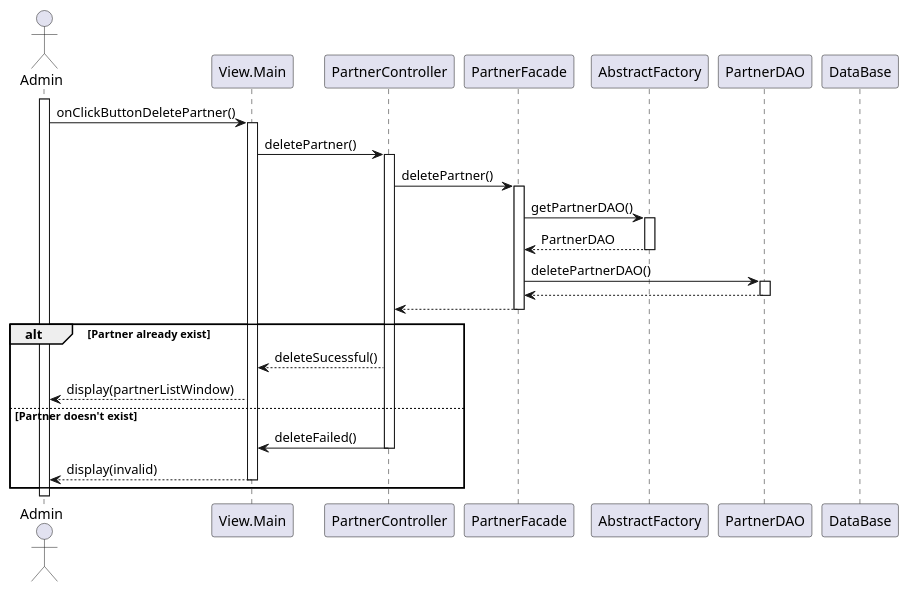
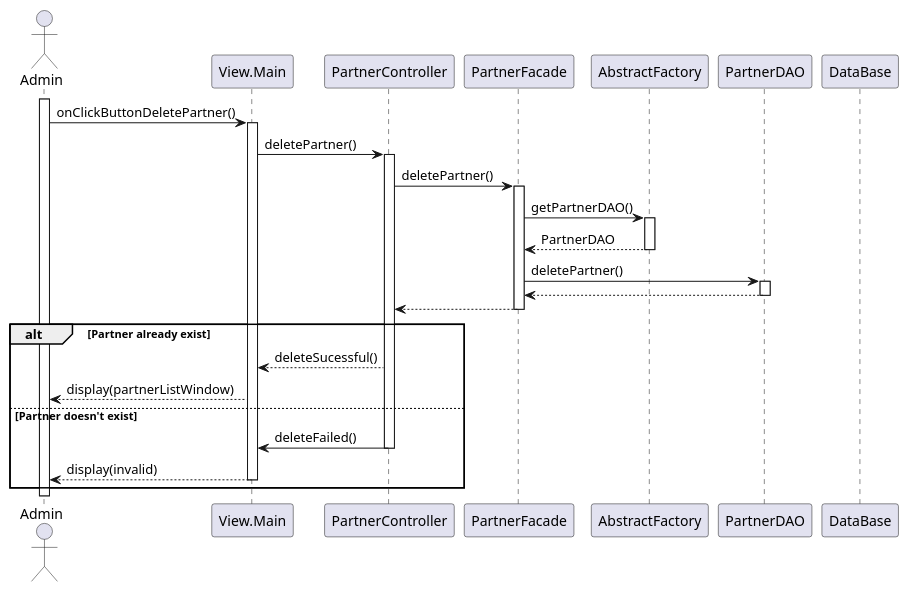
The third of 3 diagrams in doc/reports/final/partners/partners_sequenceDiagram.plantUML (iusildra/WineCellar), drawn with PlantUML before and after one commit. The commit also changed other lines of this file and 1 other file, not shown here.

```diff
--- a/doc/reports/final/partners/partners_sequenceDiagram.plantUML
+++ b/doc/reports/final/partners/partners_sequenceDiagram.plantUML
@@ -71,31 +71,31 @@
 @startuml <Delete partner>
 skinparam responseMessageBelowArrow true
 
 actor Admin
 participant View.Main
 participant PartnerController
 participant PartnerFacade
 participant AbstractFactory
 participant PartnerDAO
 participant DataBase
 
 activate Admin
 
 Admin -> View.Main++: onClickButtonDeletePartner()
 View.Main -> PartnerController++: deletePartner()
 PartnerController -> PartnerFacade++: deletePartner()
 PartnerFacade -> AbstractFactory++: getPartnerDAO()
 return PartnerDAO
-PartnerFacade -> PartnerDAO++: deletePartnerDAO()
+PartnerFacade -> PartnerDAO++: deletePartner()
 return
 return
 
 alt Partner already exist
     PartnerController --> View.Main: deleteSucessful()
     View.Main --> Admin: display(partnerListWindow)
 else Partner doesn't exist
     PartnerController -> View.Main--: deleteFailed()
     View.Main --> Admin--: display(invalid)
 end
 
 @enduml
```
